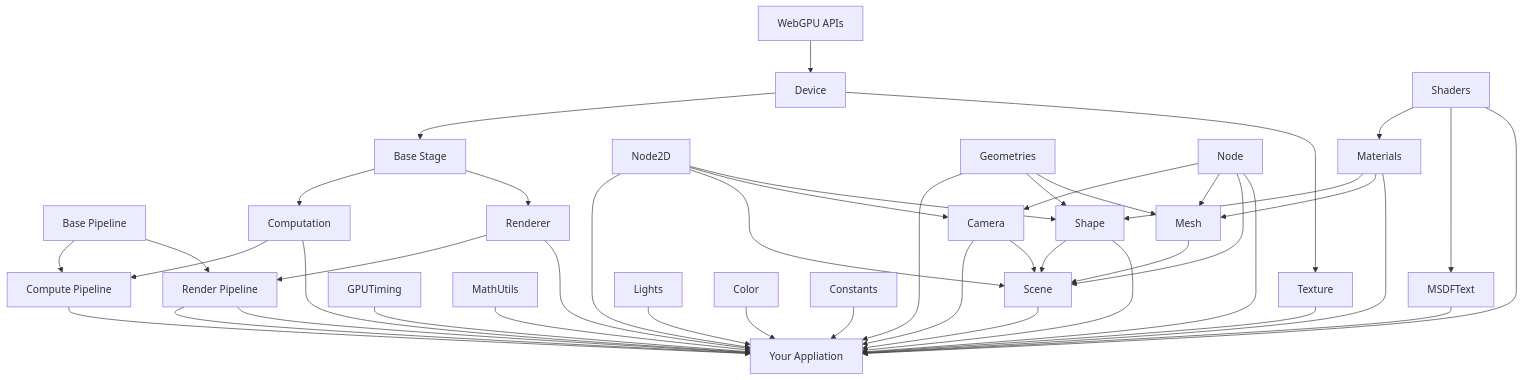
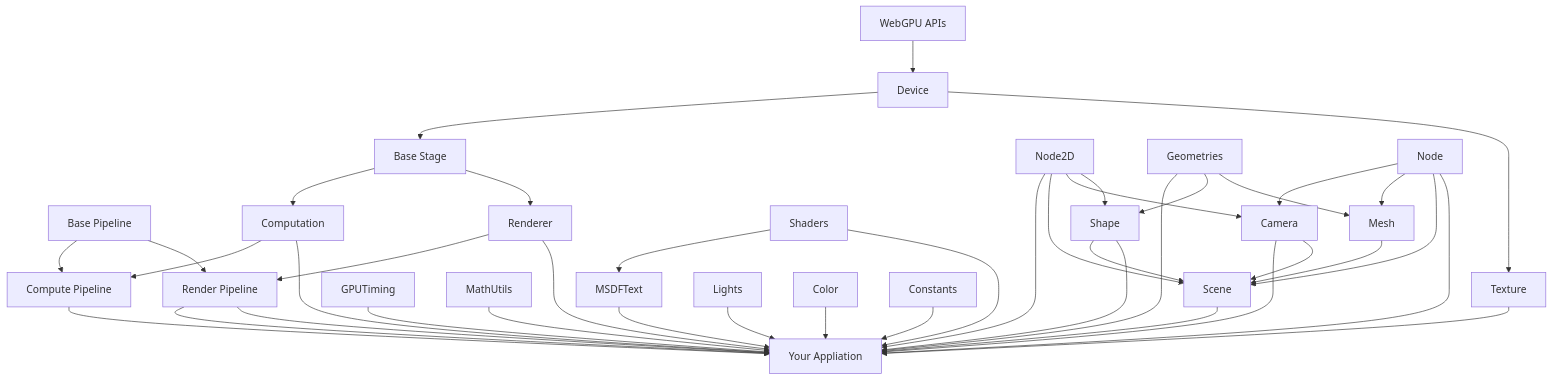
The diagram in README.md (UstymUkhman/uwal), drawn with Mermaid before and after one commit. The commit also changed 8 other files, not shown here.

````diff
--- a/README.md
+++ b/README.md
@@ -41,73 +41,68 @@
 ```mermaid
 flowchart TD
   GPU[WebGPU APIs]
   DEV[Device]
   APP[Your Appliation]
 
   BP[Base Pipeline]
   CP[Compute Pipeline]
   RP[Render Pipeline]
   BS[Base Stage]
   COMP[Computation]
   RNDR[Renderer]
   TEX[Texture]
 
   GPU  --> DEV
   DEV  --> BS
   DEV  --> TEX
   BS   --> COMP
   BS   --> RNDR
   COMP --> CP
   COMP --> APP
   BP   --> CP
   BP   --> RP
   CP   --> APP
   RP   --> APP
   RNDR --> RP
   RNDR --> APP
 
   TIME[GPUTiming] --> APP
   MATH[MathUtils] --> APP
 
   ND2[Node2D]
   GEO[Geometries]
   ND[Node]
-  MAT[Materials]
   SHDS[Shaders]
   CAM[Camera]
   SHP[Shape]
   MESH[Mesh]
   SCN[Scene]
   TXT[MSDFText]
 
   LGHT[Lights]     --> APP
   COL[Color]       --> APP
   CONST[Constants] --> APP
 
   ND2  --> APP
   ND2  --> SCN
   ND2  --> CAM
   ND2  --> SHP
-  MAT  --> SHP
   GEO  --> APP
   GEO  --> SHP
   GEO  --> MESH
-  MAT  --> MESH
   ND   --> CAM
   ND   --> MESH
   ND   --> SCN
   ND   --> APP
   SHP  --> SCN
   MESH --> SCN
   CAM  --> APP
   CAM  --> SCN
-  SHDS --> MAT
   SHDS --> TXT
   RP   --> APP
   TEX  --> APP
   SCN  --> APP
   SHP  --> APP
-  MAT  --> APP
   TXT  --> APP
   SHDS --> APP
 ```
````
